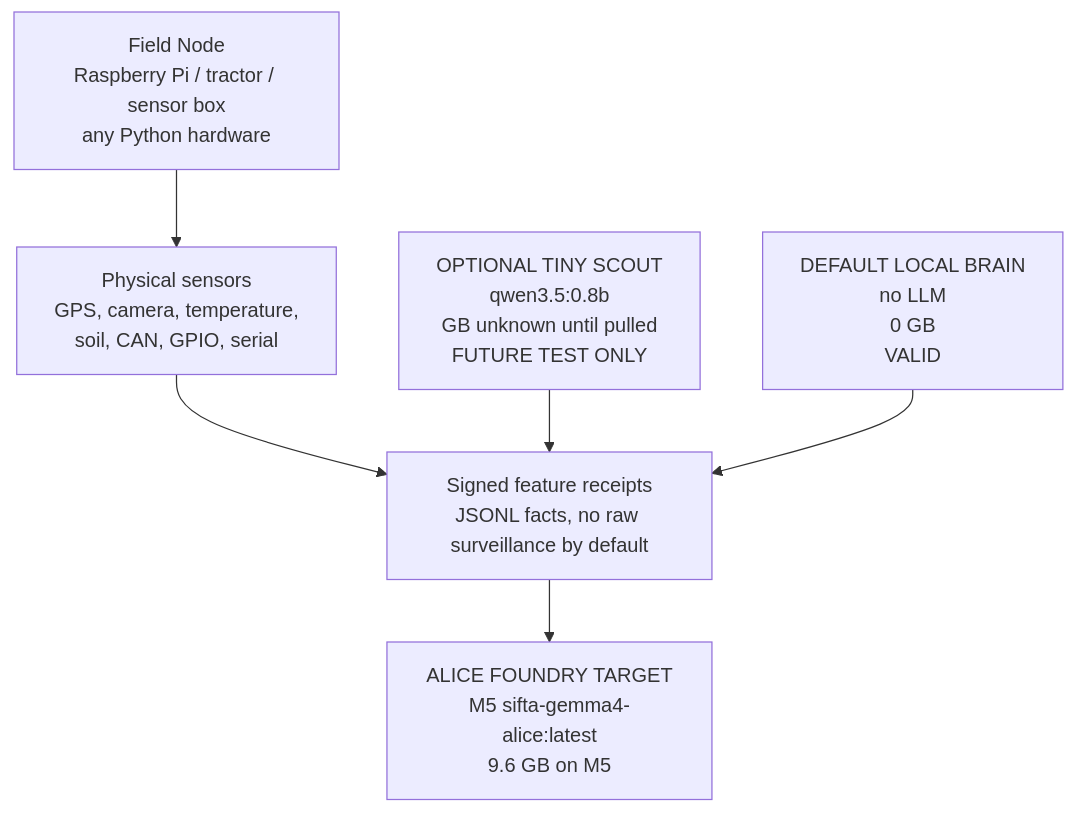
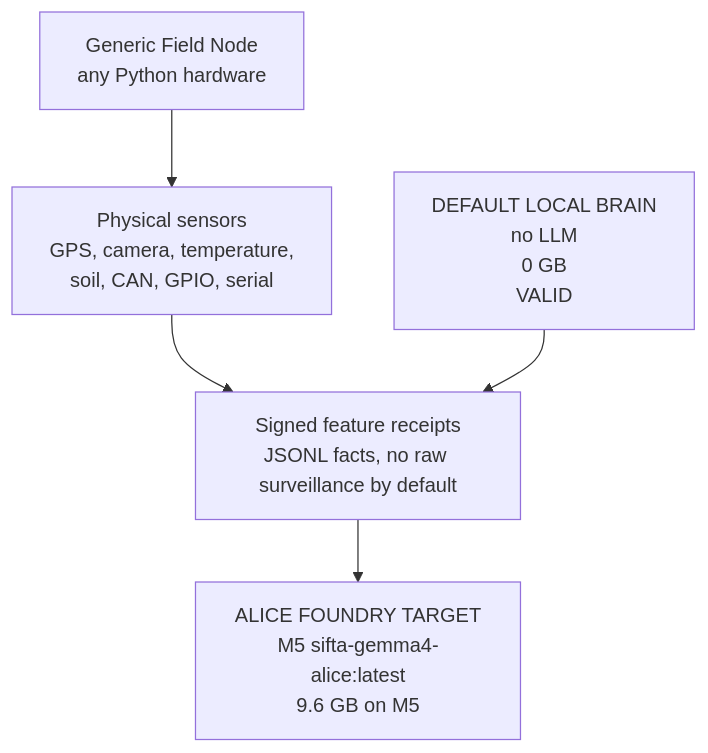
The fourth of 4 diagrams in Documents/ALICE_HARDWARE_ANATOMY.md (antonpictures/ANTON-SIFTA), drawn with Mermaid before and after one commit. The commit also changed other lines of this file, not shown here.

First line of the commit message:
docs(hardware): clarify Pi 4 ASIN B07TD42S27 vs Pi 5 edge scout tiers

````diff
--- a/Documents/ALICE_HARDWARE_ANATOMY.md
+++ b/Documents/ALICE_HARDWARE_ANATOMY.md
@@ -74,15 +136,13 @@
 ```mermaid
 flowchart TB
-    Field["Field Node\nRaspberry Pi / tractor / sensor box\nany Python hardware"]
+    Field["Generic Field Node\nany Python hardware"]
 
     Sensors["Physical sensors\nGPS, camera, temperature,\nsoil, CAN, GPIO, serial"]
     Receipts["Signed feature receipts\nJSONL facts, no raw surveillance by default"]
 
     AliceRemote["ALICE FOUNDRY TARGET\nM5 sifta-gemma4-alice:latest\n9.6 GB on M5"]
-    Tiny["OPTIONAL TINY SCOUT\nqwen3.5:0.8b\nGB unknown until pulled\nFUTURE TEST ONLY"]
     NoModel["DEFAULT LOCAL BRAIN\nno LLM\n0 GB\nVALID"]
 
     Field --> Sensors --> Receipts --> AliceRemote
-    Tiny --> Receipts
     NoModel --> Receipts
 ```
````
